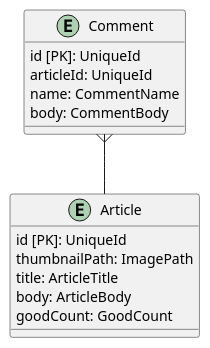
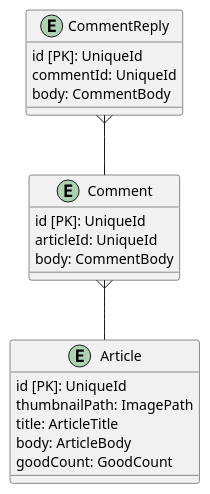
Before and after one commit to Wansuko-cmd/blog-backend: the diagram in puml/domain.puml, drawn with PlantUML. The commit also changed 37 other files, not shown here.

```diff
--- a/puml/domain.puml
+++ b/puml/domain.puml
@@ -1,20 +1,26 @@
 @startuml
 'https://plantuml.com/class-diagram
 
 entity "Article"  {
     id [PK]: UniqueId
     thumbnailPath: ImagePath
     title: ArticleTitle
     body: ArticleBody
     goodCount: GoodCount
 }
 
 entity "Comment" {
     id [PK]: UniqueId
     articleId: UniqueId
-    name: CommentName
     body: CommentBody
 }
 Comment }-- Article
 
+entity "CommentReply" {
+    id [PK]: UniqueId
+    commentId: UniqueId
+    body: CommentBody
+}
+CommentReply }-- Comment
+
 @enduml
```
